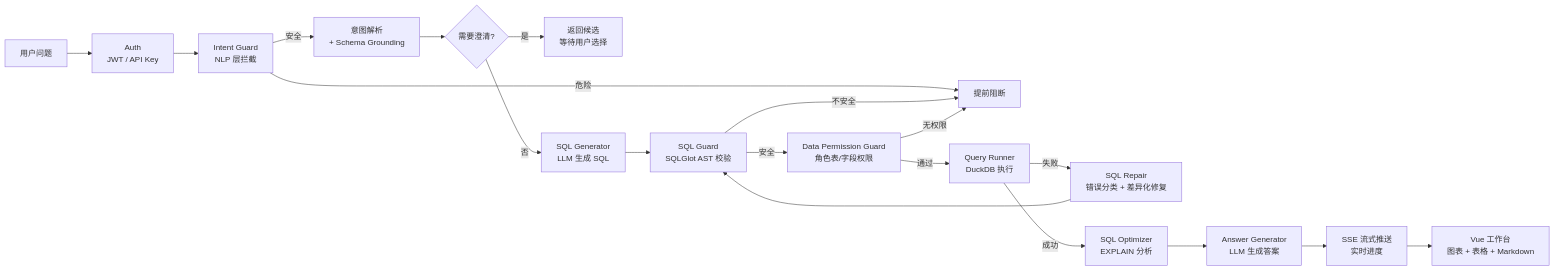
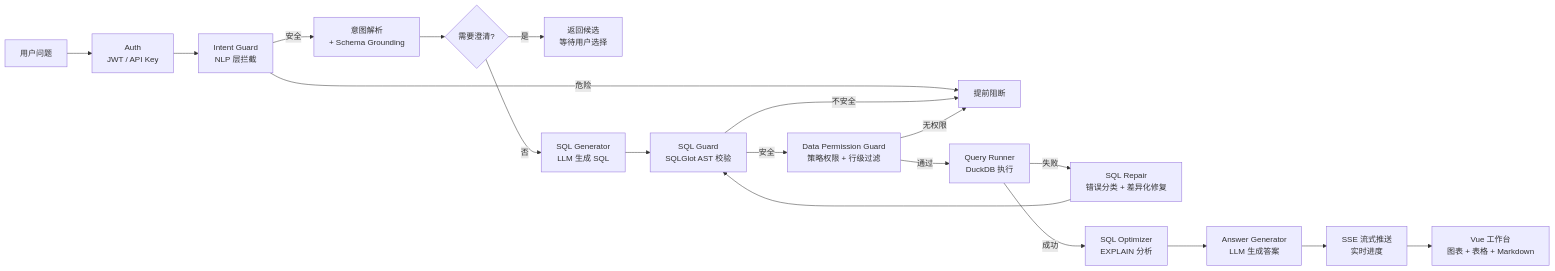
The diagram in README.md (DKY0717/data_analyst_agent), drawn with Mermaid before and after one commit. The commit also changed other lines of this file and 2 other files, not shown here.

Commit message:
docs: document permission policy row filters

````diff
--- a/README.md
+++ b/README.md
@@ -17,21 +17,21 @@
 ```mermaid
 flowchart LR
     Q[用户问题] --> Auth[Auth<br/>JWT / API Key]
     Auth --> Intent[Intent Guard<br/>NLP 层拦截]
     Intent -->|安全| AI[意图解析<br/>+ Schema Grounding]
     Intent -->|危险| Block[提前阻断]
     AI --> Clarify{需要澄清?}
     Clarify -->|是| Ask[返回候选<br/>等待用户选择]
     Clarify -->|否| G[SQL Generator<br/>LLM 生成 SQL]
     G --> Guard[SQL Guard<br/>SQLGlot AST 校验]
     Guard -->|不安全| Block
-    Guard -->|安全| Perm[Data Permission Guard<br/>角色表/字段权限]
+    Guard -->|安全| Perm[Data Permission Guard<br/>策略权限 + 行级过滤]
     Perm -->|无权限| Block
     Perm -->|通过| Exec[Query Runner<br/>DuckDB 执行]
     Exec -->|失败| Repair[SQL Repair<br/>错误分类 + 差异化修复]
     Repair --> Guard
     Exec -->|成功| Opt[SQL Optimizer<br/>EXPLAIN 分析]
     Opt --> Ans[Answer Generator<br/>LLM 生成答案]
     Ans --> SSE[SSE 流式推送<br/>实时进度]
     SSE --> UI[Vue 工作台<br/>图表 + 表格 + Markdown]
 ```
````
